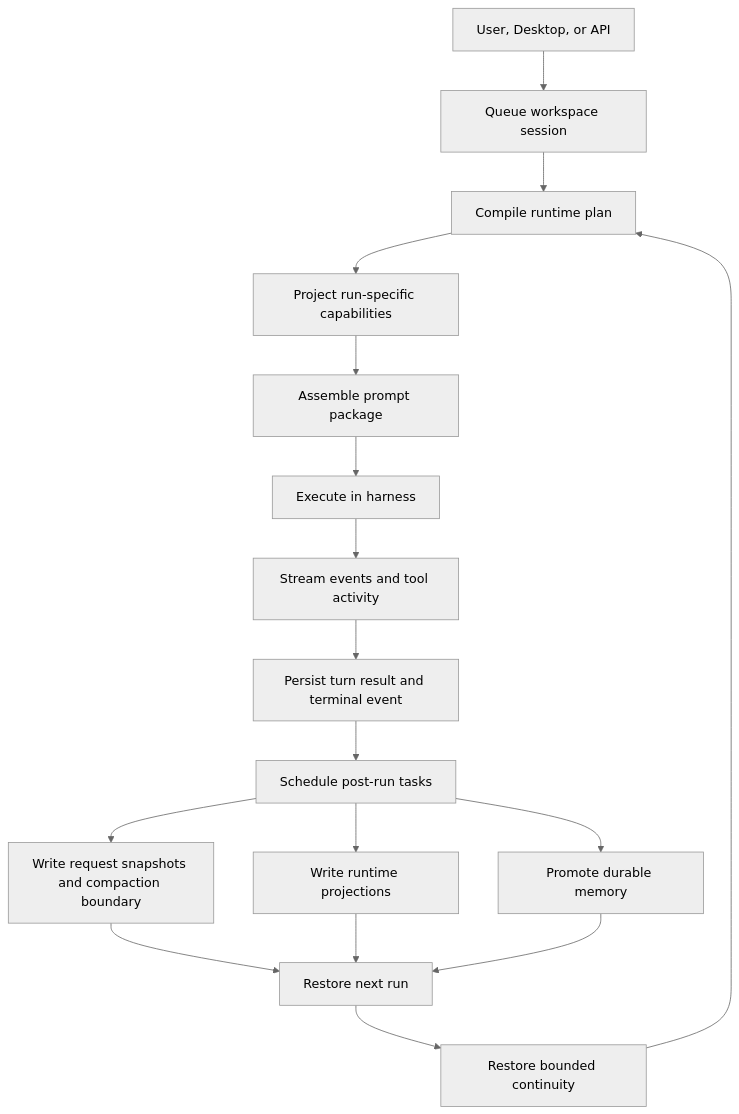
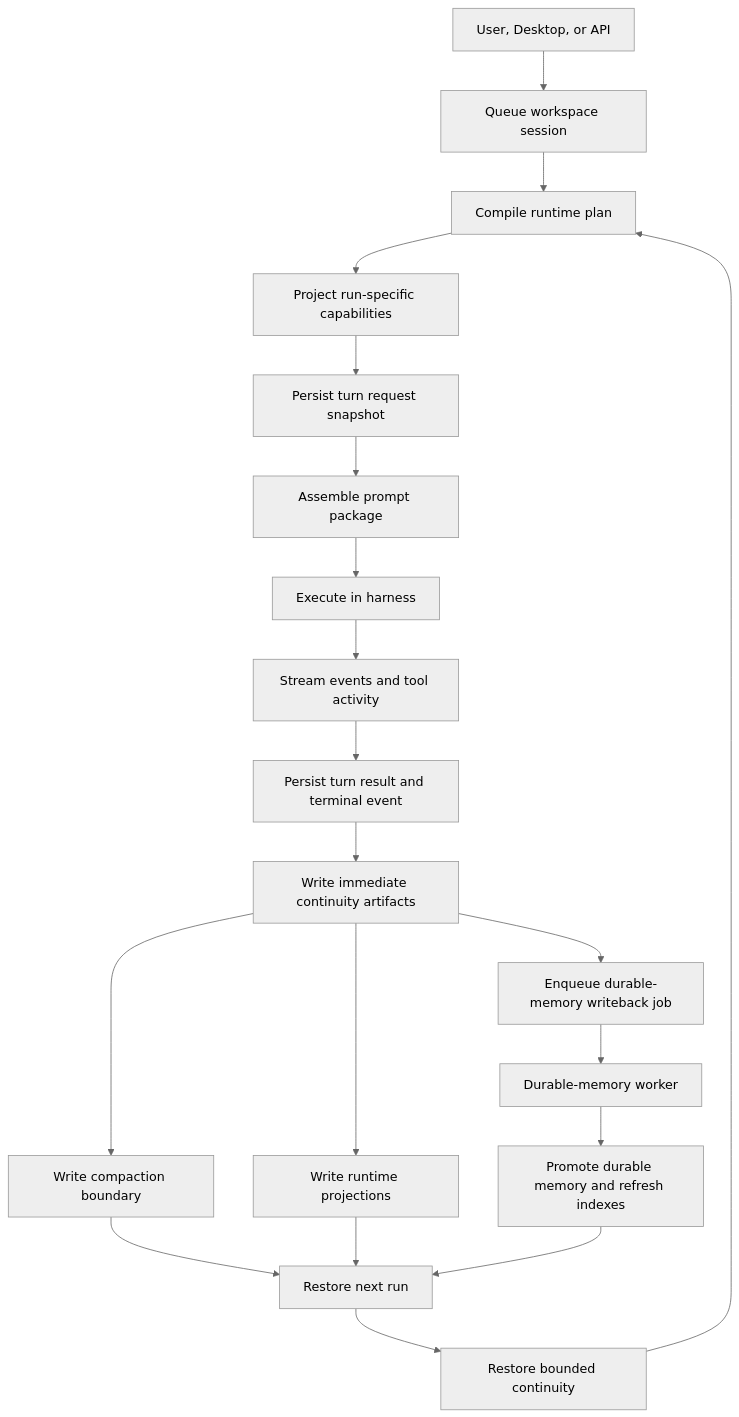
The diagram in README.md (holaboss-ai/hola-boss-oss), drawn with Mermaid (neutral theme) before and after one commit. The commit also changed other lines of this file and 29 other files, not shown here.

````diff
--- a/README.md
+++ b/README.md
@@ -185,19 +187,22 @@
 ```mermaid
 graph TD;
     A["User, Desktop, or API"] --> B["Queue workspace session"];
     B --> C["Compile runtime plan"];
     C --> D["Project run-specific capabilities"];
-    D --> E["Assemble prompt package"];
-    E --> F["Execute in harness"];
-    F --> G["Stream events and tool activity"];
-    G --> H["Persist turn result and terminal event"];
-    H --> I["Schedule post-run tasks"];
-    I --> J["Write request snapshots and compaction boundary"];
-    I --> K["Write runtime projections"];
-    I --> L["Promote durable memory"];
-    J --> M["Restore next run"];
-    K --> M;
-    L --> M;
-    M --> N["Restore bounded continuity"];
-    N --> C;
+    D --> E["Persist turn request snapshot"];
+    E --> F["Assemble prompt package"];
+    F --> G["Execute in harness"];
+    G --> H["Stream events and tool activity"];
+    H --> I["Persist turn result and terminal event"];
+    I --> J["Write immediate continuity artifacts"];
+    J --> K["Write compaction boundary"];
+    J --> L["Write runtime projections"];
+    J --> M["Enqueue durable-memory writeback job"];
+    M --> P["Durable-memory worker"];
+    P --> Q["Promote durable memory and refresh indexes"];
+    K --> N["Restore next run"];
+    L --> N;
+    Q --> N;
+    N --> O["Restore bounded continuity"];
+    O --> C;
 ```
````
